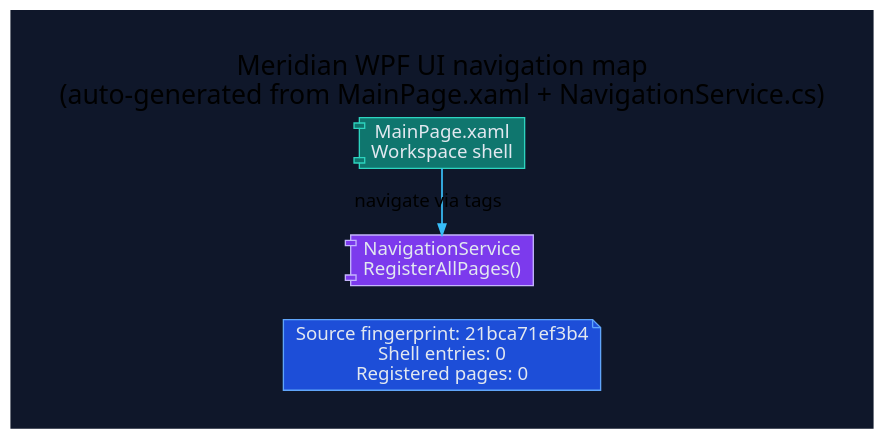
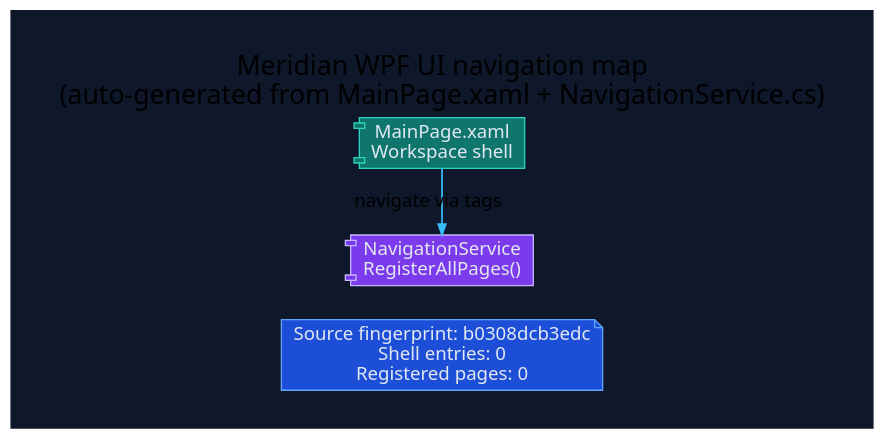
One commit to rodoHasArrived/Meridian-main changed the diagram in docs/diagrams/ui-navigation-map.dot. Above: the diagram before and after it, drawn with Graphviz. The commit also changed 5 other files, not shown here.

Commit message:
docs(diagrams): regenerate diagram artifacts from sources

```diff
--- a/docs/diagrams/ui-navigation-map.dot
+++ b/docs/diagrams/ui-navigation-map.dot
@@ -1,27 +1,27 @@
 // -----------------------------------------------------------------------------
 // <auto-generated>
 // Generated by scripts/generate-diagrams.mjs.
 // Do not edit this file directly; update the WPF source files instead.
 // -----------------------------------------------------------------------------
 digraph UiNavigationMap {
   graph [
     rankdir=LR,
     labelloc=t,
     label="Meridian WPF UI navigation map\n(auto-generated from MainPage.xaml + NavigationService.cs)",
     fontname="Segoe UI",
     fontsize=20,
     pad=0.4,
     nodesep=0.35,
     ranksep=1.0,
     bgcolor="#0f172a"
   ];
   node [fontname="Segoe UI", shape=box, style="rounded,filled", color="#475569", fontcolor="#e2e8f0", fillcolor="#1e293b"];
   edge [fontname="Segoe UI", color="#94a3b8", penwidth=1.3, arrowsize=0.8];
 
-  generated [shape=note, fillcolor="#1d4ed8", color="#60a5fa", label="Source fingerprint: 21bca71ef3b4\nShell entries: 0\nRegistered pages: 0"];
+  generated [shape=note, fillcolor="#1d4ed8", color="#60a5fa", label="Source fingerprint: b0308dcb3edc\nShell entries: 0\nRegistered pages: 0"];
   shell [shape=component, fillcolor="#0f766e", color="#2dd4bf", label="MainPage.xaml\nWorkspace shell"];
   navigation [shape=component, fillcolor="#7c3aed", color="#c4b5fd", label="NavigationService\nRegisterAllPages()"];
   shell -> navigation [label="navigate via tags", color="#38bdf8"];
 
   { rank=min; generated; shell; navigation; }
 }
```
